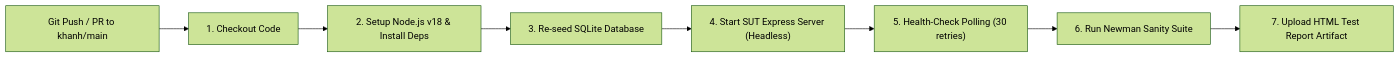
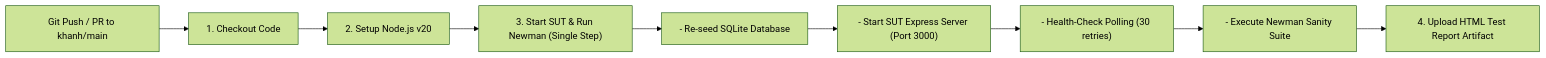
One commit to HCMUS-software-testing/HW06 changed the diagram in docs/cicd-report.md. Above: the diagram before and after it, drawn with Mermaid (forest theme). The commit also changed other lines of this file and 1 other file, not shown here.

Commit message:
fix(member-1): revert intentional failure and finalize cicd report

````diff
--- a/docs/cicd-report.md
+++ b/docs/cicd-report.md
@@ -16,10 +16,11 @@
 ```mermaid
 graph LR
     Push["Git Push / PR to khanh/main"] --> Checkout["1. Checkout Code"]
-    Checkout --> SetupNode["2. Setup Node.js v18 & Install Deps"]
-    SetupNode --> SeedDB["3. Re-seed SQLite Database"]
-    SeedDB --> StartSUT["4. Start SUT Express Server (Headless)"]
-    StartSUT --> HealthCheck["5. Health-Check Polling (30 retries)"]
-    HealthCheck --> RunNewman["6. Run Newman Sanity Suite"]
-    RunNewman --> UploadArtifact["7. Upload HTML Test Report Artifact"]
+    Checkout --> SetupNode["2. Setup Node.js v20"]
+    SetupNode --> RunJob["3. Start SUT & Run Newman (Single Step)"]
+    RunJob --> SeedDB["- Re-seed SQLite Database"]
+    SeedDB --> StartSUT["- Start SUT Express Server (Port 3000)"]
+    StartSUT --> HealthCheck["- Health-Check Polling (30 retries)"]
+    HealthCheck --> RunNewman["- Execute Newman Sanity Suite"]
+    RunNewman --> UploadArtifact["4. Upload HTML Test Report Artifact"]
 ```
````
